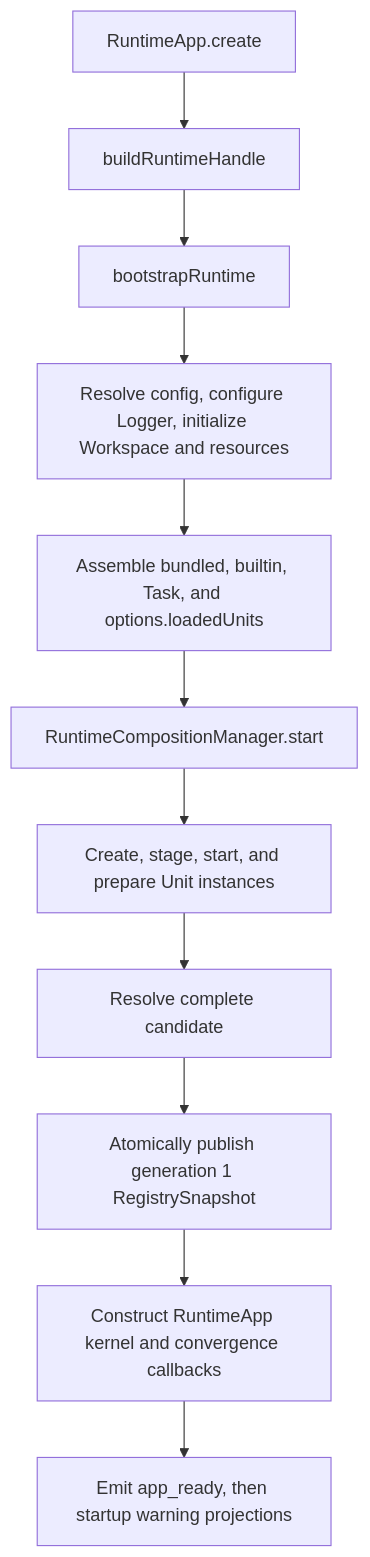
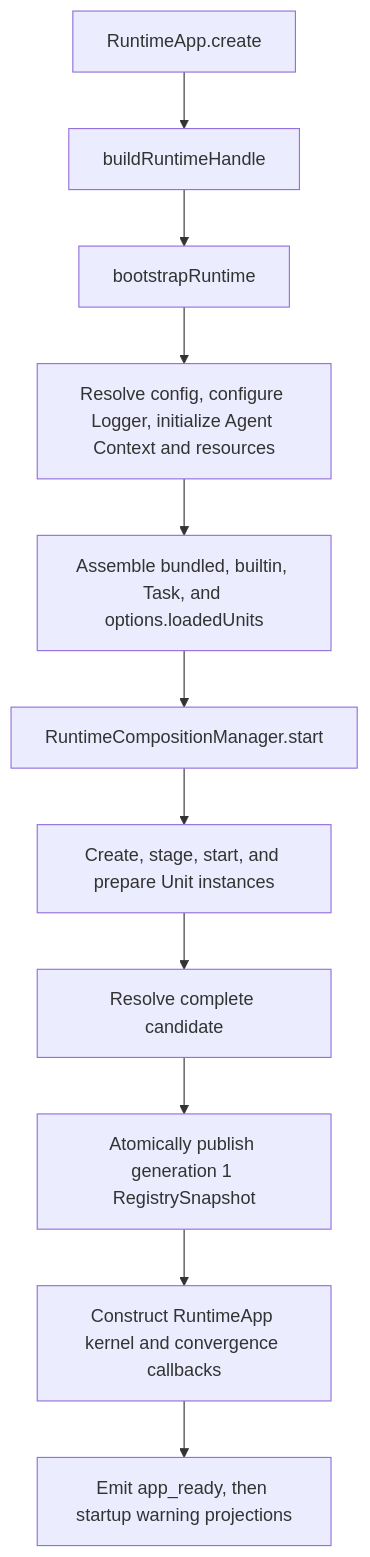
Before and after one commit to luciferwww/my-agent: the first of 2 diagrams in docs/architecture/runtime.md, drawn with Mermaid. The commit also changed other lines of this file and 162 other files, not shown here.

````diff
--- a/docs/architecture/runtime.md
+++ b/docs/architecture/runtime.md
@@ -123,13 +125,13 @@
 ```mermaid
 flowchart TD
   A[RuntimeApp.create] --> B[buildRuntimeHandle]
   B --> C[bootstrapRuntime]
-  C --> D[Resolve config, configure Logger, initialize Workspace and resources]
+  C --> D[Resolve config, configure Logger, initialize Agent Context and resources]
   D --> E[Assemble bundled, builtin, Task, and options.loadedUnits]
   E --> F[RuntimeCompositionManager.start]
   F --> G[Create, stage, start, and prepare Unit instances]
   G --> H[Resolve complete candidate]
   H --> I[Atomically publish generation 1 RegistrySnapshot]
   I --> J[Construct RuntimeApp kernel and convergence callbacks]
   J --> K[Emit app_ready, then startup warning projections]
 ```
````
